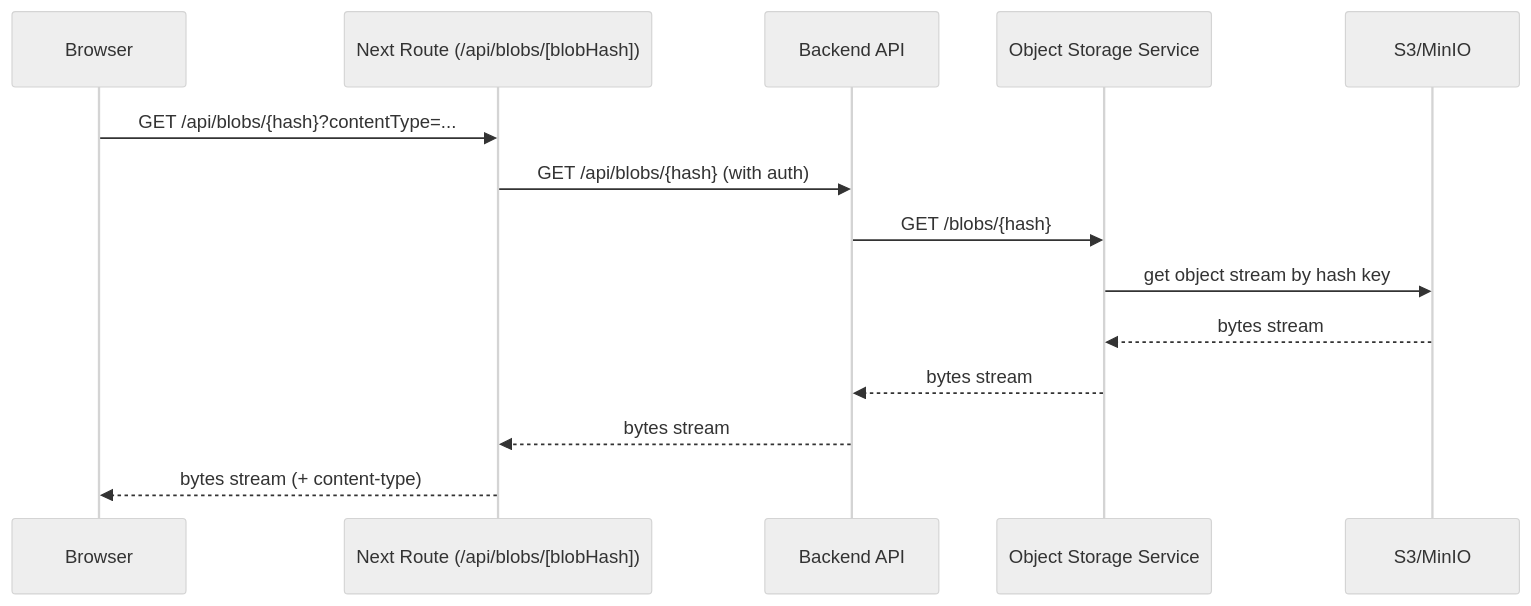
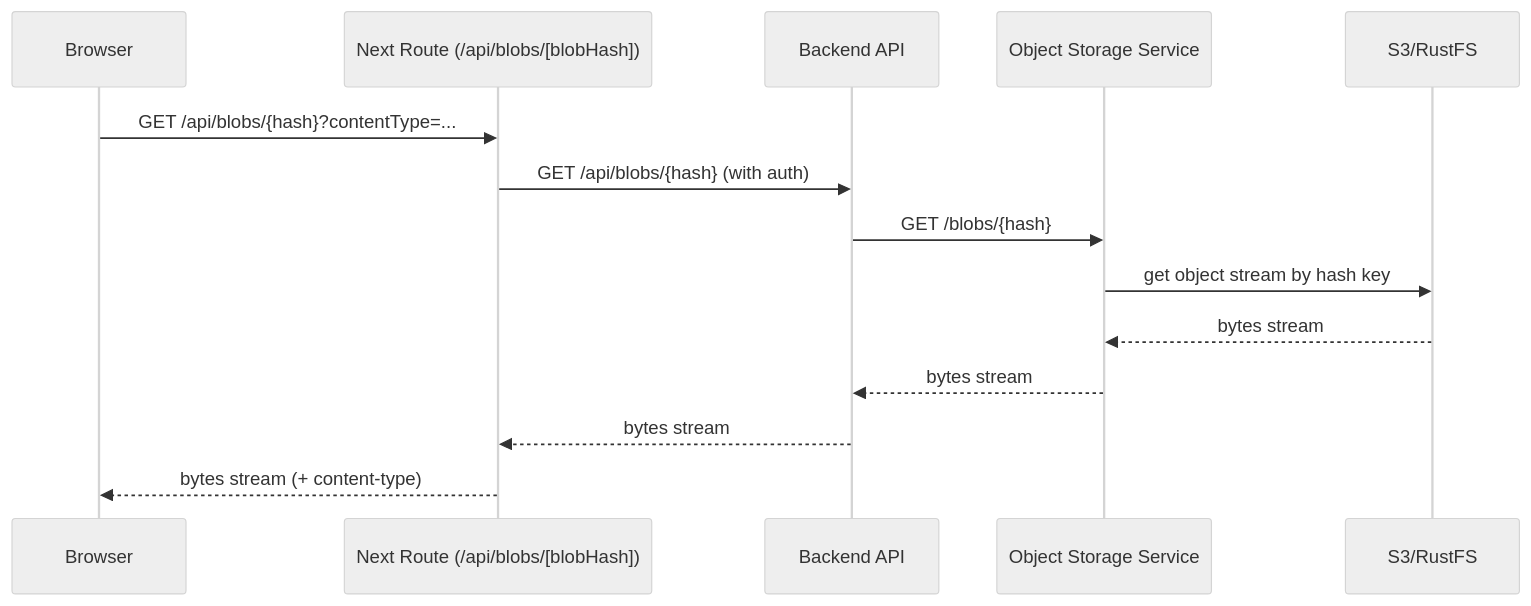
Before and after one commit to MalchuL/experiment_tracker: the third of 3 diagrams in docs/fetching_flow_scalars_and_images.md, drawn with Mermaid (neutral theme). The commit also changed other lines of this file and 36 other files, not shown here.

First line of the commit message:
Switch object storage from MinIO to RustFS

````diff
--- a/docs/fetching_flow_scalars_and_images.md
+++ b/docs/fetching_flow_scalars_and_images.md
@@ -100,17 +100,17 @@
 ```mermaid
 sequenceDiagram
     participant Browser as Browser
     participant Next as Next Route (/api/blobs/[blobHash])
     participant BE as Backend API
     participant OS as Object Storage Service
-    participant S3 as S3/MinIO
+    participant S3 as S3/RustFS
 
     Browser->>Next: GET /api/blobs/{hash}?contentType=...
     Next->>BE: GET /api/blobs/{hash} (with auth)
     BE->>OS: GET /blobs/{hash}
     OS->>S3: get object stream by hash key
     S3-->>OS: bytes stream
     OS-->>BE: bytes stream
     BE-->>Next: bytes stream
     Next-->>Browser: bytes stream (+ content-type)
 ```
````
